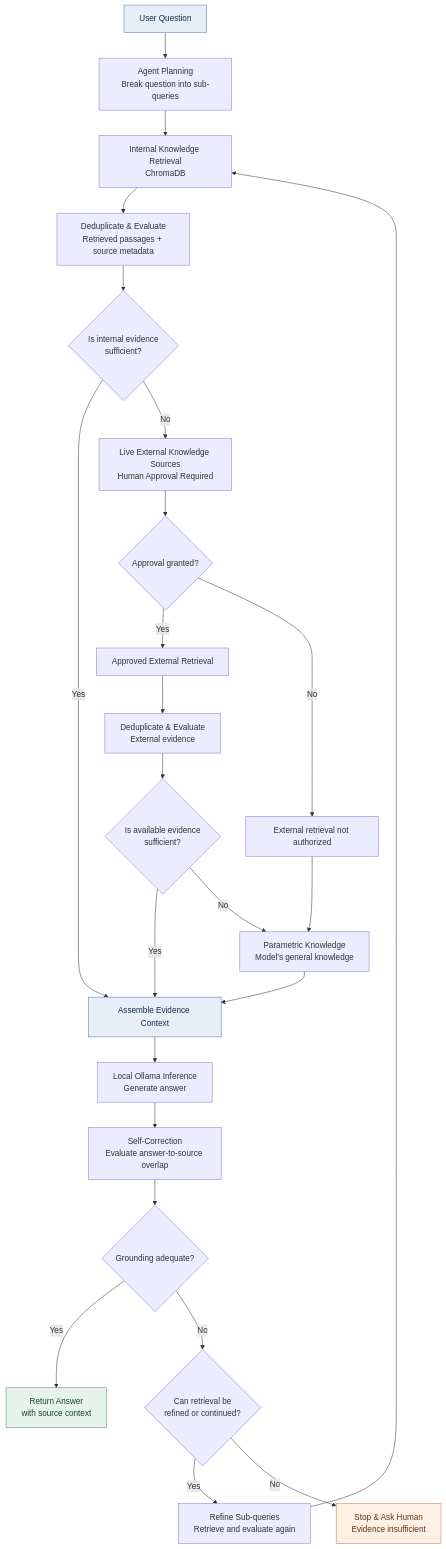
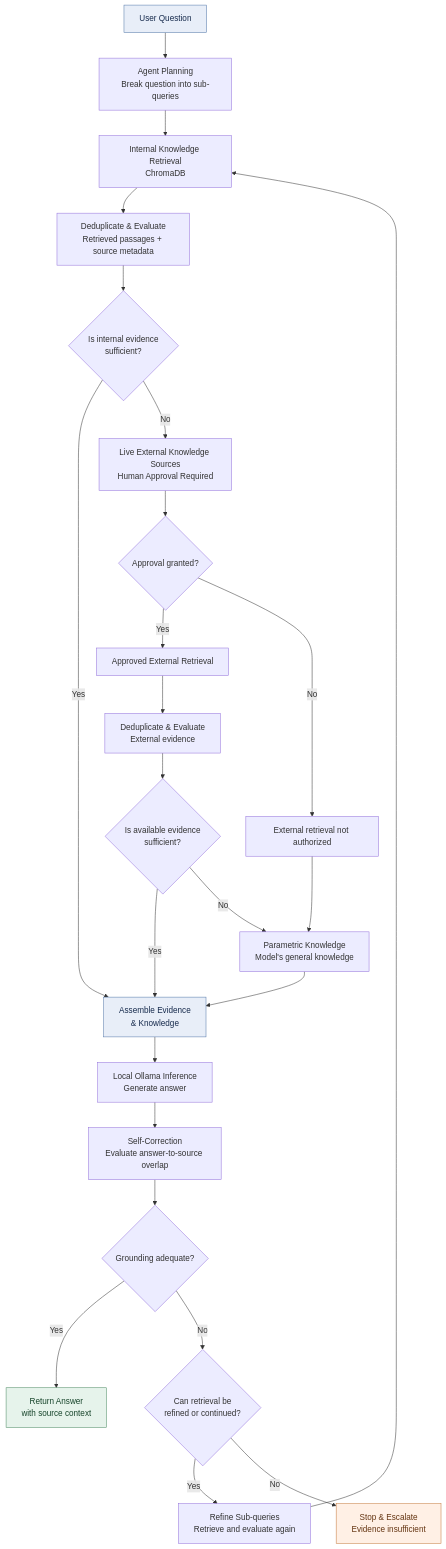
The second of 2 diagrams in README.MD (panxiaoyan225-sudo/Agentic_RAG_Pipeline), drawn with Mermaid before and after one commit.

Commit message:
How the Agent Is Instructed & Governed

````diff
--- a/README.MD
+++ b/README.MD
@@ -31,39 +31,39 @@
 ```mermaid
 flowchart TD
     A["User Question"] --> B["Agent Planning<br/>Break question into sub-queries"]
     B --> C["Internal Knowledge Retrieval<br/>ChromaDB"]
     C --> D["Deduplicate & Evaluate<br/>Retrieved passages + source metadata"]
 
     D --> E{"Is internal evidence<br/>sufficient?"}
 
-    E -->|Yes| H["Assemble Evidence Context"]
+    E -->|Yes| H["Assemble Evidence<br/>& Knowledge "]
     E -->|No| F["Live External Knowledge Sources<br/>Human Approval Required"]
 
     F --> G{"Approval granted?"}
     G -->|Yes| I["Approved External Retrieval"]
     G -->|No| J["External retrieval not authorized"]
 
     I --> K["Deduplicate & Evaluate<br/>External evidence"]
     K --> L{"Is available evidence<br/>sufficient?"}
 
     J --> M["Parametric Knowledge<br/>Model's general knowledge"]
     L -->|Yes| H
     L -->|No| M
 
     M --> H
     H --> N["Local Ollama Inference<br/>Generate answer"]
     N --> O["Self-Correction<br/>Evaluate answer-to-source overlap"]
     O --> P{"Grounding adequate?"}
 
     P -->|Yes| Q["Return Answer<br/>with source context"]
     P -->|No| R{"Can retrieval be<br/>refined or continued?"}
 
     R -->|Yes| S["Refine Sub-queries<br/>Retrieve and evaluate again"]
     S --> C
-    R -->|No| T["Stop & Ask Human<br/>Evidence insufficient"]
+    R -->|No| T["Stop & Escalate<br/>Evidence insufficient"]
 
     style A fill:#e8eef8,stroke:#5276a8,color:#172b4d
     style Q fill:#e6f3eb,stroke:#4c8b63,color:#17452b
     style T fill:#fff0e5,stroke:#c47a3b,color:#653512
     style H fill:#e8eef8,stroke:#5276a8,color:#172b4d
 ```
````
